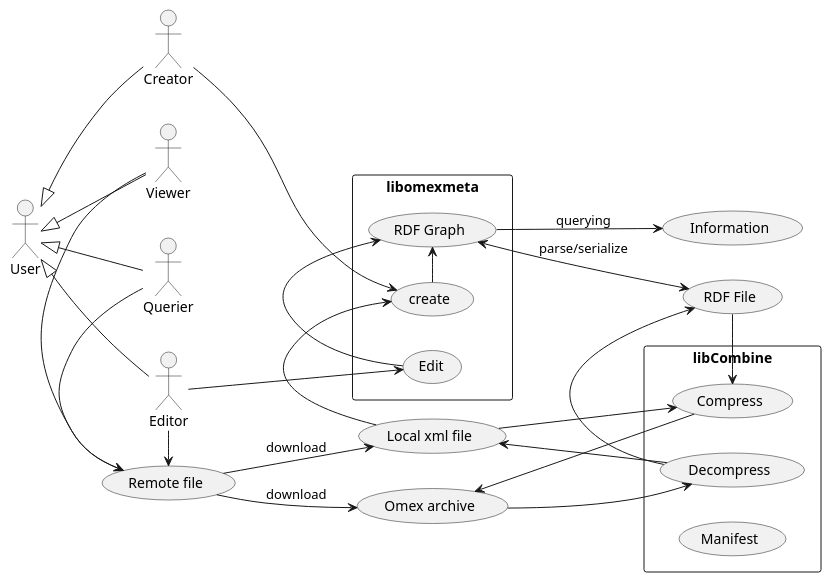
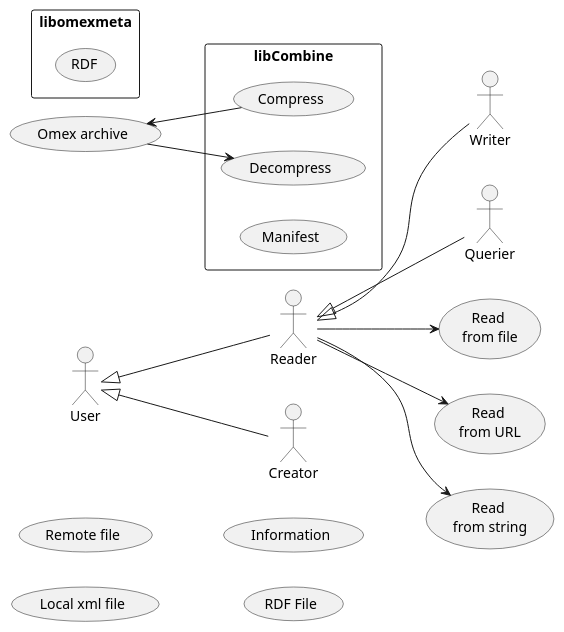
Before and after one commit to sys-bio/libOmexMeta: the diagram in Design/usecase.puml, drawn with PlantUML. The commit also changed 7 other files, not shown here.

```diff
--- a/Design/usecase.puml
+++ b/Design/usecase.puml
@@ -1,89 +1,90 @@
 @startuml
 
 
 
 
 left to right direction
 :User:
-:Editor:
+:Reader:
+:Writer:
 :Creator:
-:Viewer:
 :Querier:
-User <|-- Editor
+User <|-- Reader
+Reader <|-- Writer
+Reader <|-- Querier
 User <|-- Creator
-User <|-- Viewer
-User <|-- Querier
+
 ':application:
 ':Omex archive:
 ':Url:
 ':File:
 ':web user:
 ':local user:
 
 (Omex archive) as omex
 (Remote file) as remote_file
 (Local xml file) as local_file
 (Information) as info
 
-Editor -> remote_file
-Viewer -> remote_file
-Querier -> remote_file
-'User -> local_file : creates
-'User -> remote_file : wants
-remote_file --> local_file : download
-remote_file --> omex : download
+'Editor -> remote_file
+'Viewer -> remote_file
+'Querier -> remote_file
+''User -> local_file : creates
+''User -> remote_file : wants
+'remote_file --> local_file : download
+'remote_file --> omex : download
+
 rectangle libCombine {
     (Compress) as compress
     (Decompress) as decompress
     (Manifest) as manifest
 }
 omex --> decompress
-
+omex <-- compress
 
 (RDF File) as rdf_file
 
 rectangle libomexmeta{
-    (RDF Graph) as rdf_graph
-    (create) as create
-    (Edit) as edit
-
-    local_file -> create
-    create -> rdf_graph
-    edit -> rdf_graph
-
-    Editor --> edit
-    Creator --> create
-
-'    local_file --> rdf_graph : parse
-    rdf_graph <--> rdf_file : parse/serialize
-    rdf_graph --> info : querying
+    (RDF) as rdf
+'    rdf --> file
+'    rdf --> url
+'    rdf --> string
 
 
 '    (Edit/Create) as modify
 '    User --> modify
 '    modify -- rdf_graph
 '    modify -- rdf_file
 
 }
 
-decompress --> local_file
-decompress --> rdf_file
 
-local_file --> compress
-rdf_file --> compress
-compress -> omex
+
+(Read \nfrom file) as file
+(Read \nfrom URL) as url
+(Read \nfrom string) as string
+Reader --> file
+Reader --> string
+Reader --> url
+
+'decompress --> local_file
+'decompress --> rdf_file
+'
+'local_file --> compress
+'rdf_file --> compress
+'compress -> omex
 
 
 
 
 
 
 
 
 
 
 
 
 
 
 @enduml
```
